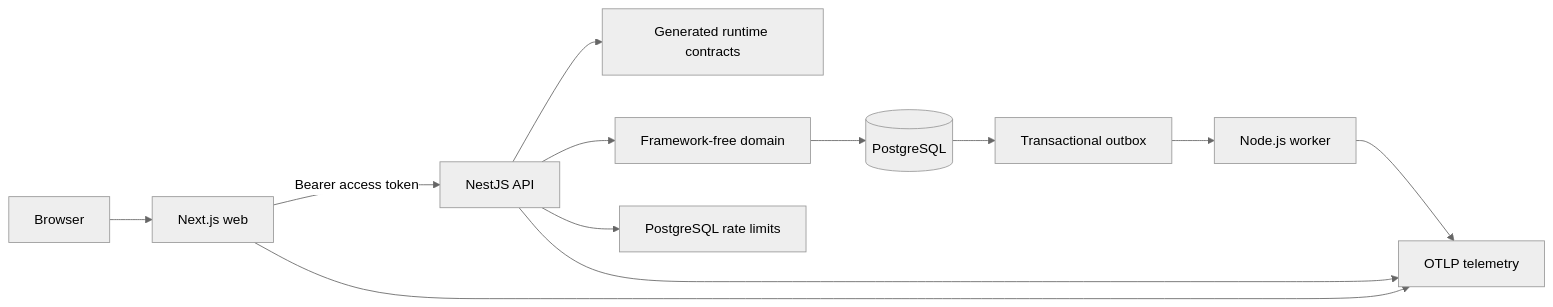
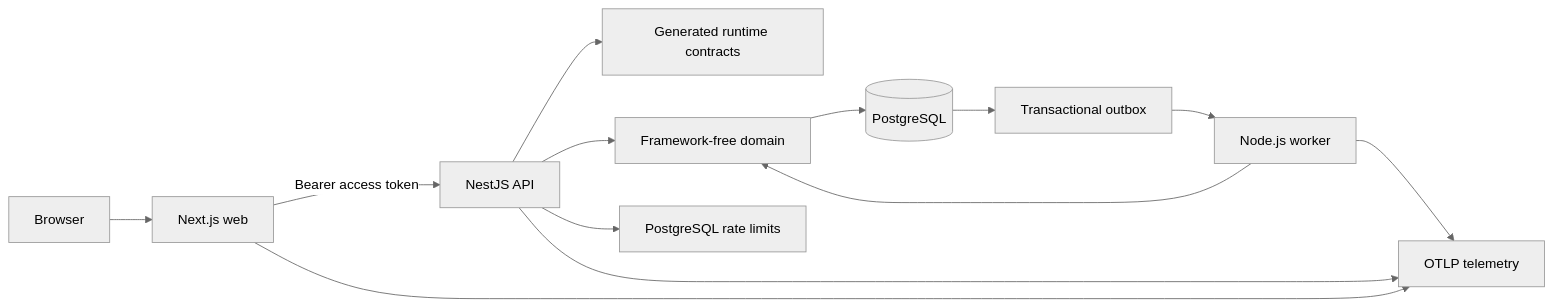
The second of 2 diagrams in wiki/Home.md (kaleigh-dem/cookiecutter-agentic-webapp), drawn with Mermaid (neutral theme) before and after one commit. The commit also changed other lines of this file and 3 other files, not shown here.

````diff
--- a/wiki/Home.md
+++ b/wiki/Home.md
@@ -77,14 +130,15 @@
 ```mermaid
 flowchart LR
   Browser[Browser] --> Web[Next.js web]
   Web -->|Bearer access token| API[NestJS API]
   API --> Contracts[Generated runtime contracts]
   API --> Domain[Framework-free domain]
   Domain --> DB[(PostgreSQL)]
   DB --> Outbox[Transactional outbox]
   Outbox --> Worker[Node.js worker]
+  Worker --> Domain
   API --> RateLimit[PostgreSQL rate limits]
   Web --> Telemetry[OTLP telemetry]
   API --> Telemetry
   Worker --> Telemetry
 ```
````
